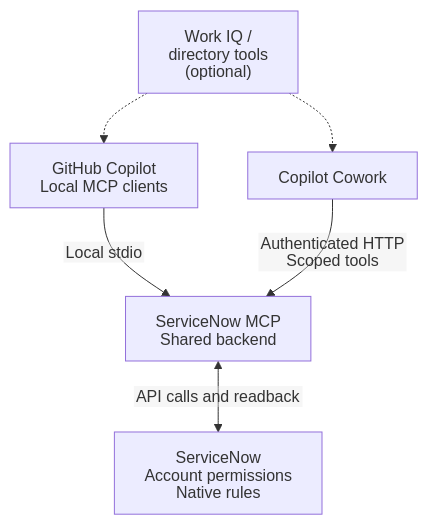
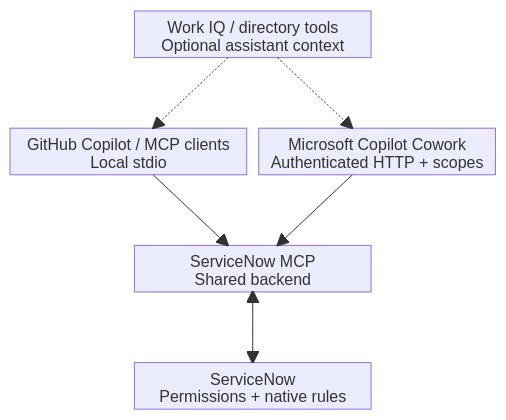
One commit to likamrat/servicenow-mcp changed the diagram in README.md. Above: the diagram before and after it, drawn with Mermaid. The commit also changed other lines of this file, not shown here.

Commit message:
Balance architecture cards and keep connectors clear
Use an explicit Mermaid block grid with equal two-line cards and mirrored branches. Move transport labels inside client cards so arrows cannot cross text; preserve API readback, source authority and recovery semantics.

````diff
--- a/README.md
+++ b/README.md
@@ -35,14 +35,24 @@
 ```mermaid
 ---
 config:
   htmlLabels: false
+  look: classic
+  fontFamily: system-ui, sans-serif
+  block:
+    padding: 12
 ---
-flowchart TB
-    Context["Work IQ /<br/>directory tools<br/>(optional)"]
-    Local["GitHub Copilot<br/>Local MCP clients"]
-    Remote["Copilot Cowork"]
-    Context -.-> Local & Remote
-    Local -->|"Local stdio"| MCP["ServiceNow MCP<br/>Shared backend"]
-    Remote -->|"Authenticated HTTP<br/>Scoped tools"| MCP
-    MCP <-->|"API calls and readback"| ServiceNow["ServiceNow<br/>Account permissions<br/>Native rules"]
+block
+  columns 4
+  space Context["Work IQ / directory tools<br/>Optional assistant context"]:2 space
+  space:4
+  Local["GitHub Copilot / MCP clients<br/>Local stdio"]:2 Remote["Microsoft Copilot Cowork<br/>Authenticated HTTP + scopes"]:2
+  space:4
+  space MCP["ServiceNow MCP<br/>Shared backend"]:2 space
+  space:4
+  space ServiceNow["ServiceNow<br/>Permissions + native rules"]:2 space
+  Context -.-> Local
+  Context -.-> Remote
+  Local --> MCP
+  Remote --> MCP
+  MCP <--> ServiceNow
 ```
````
